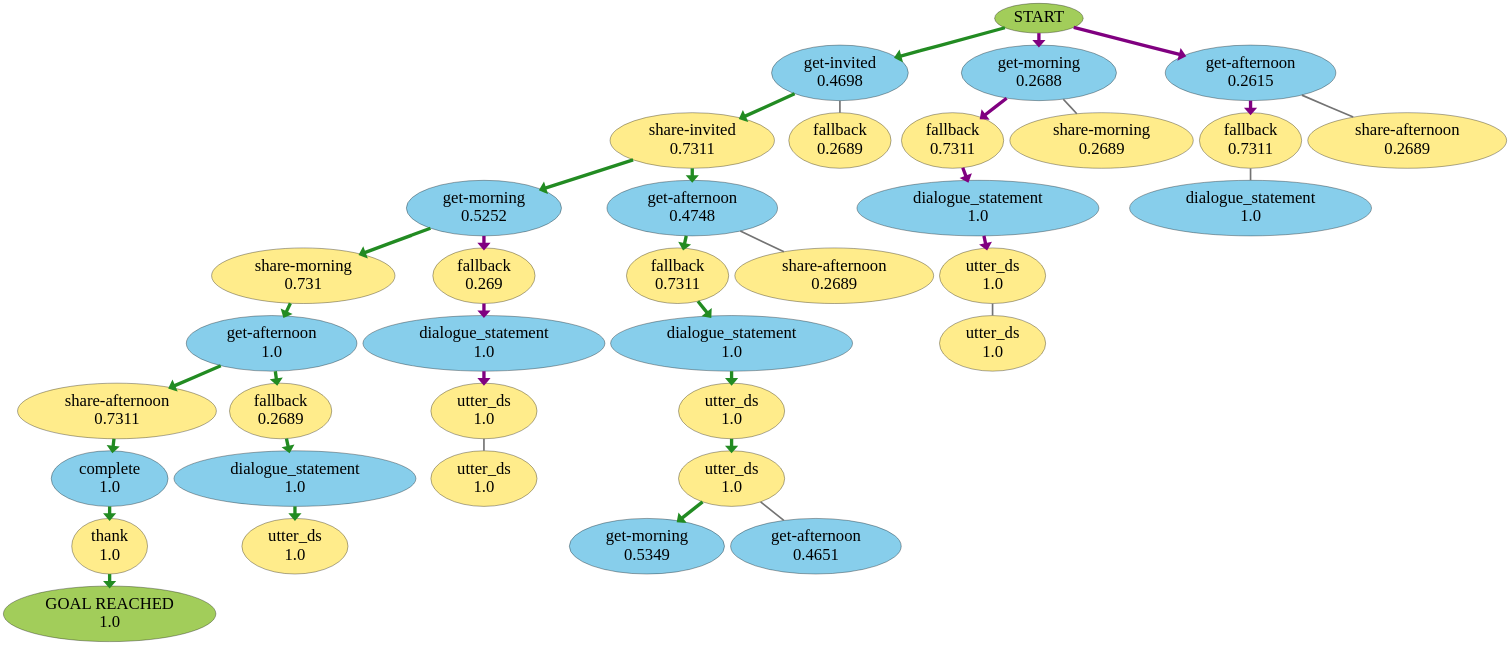
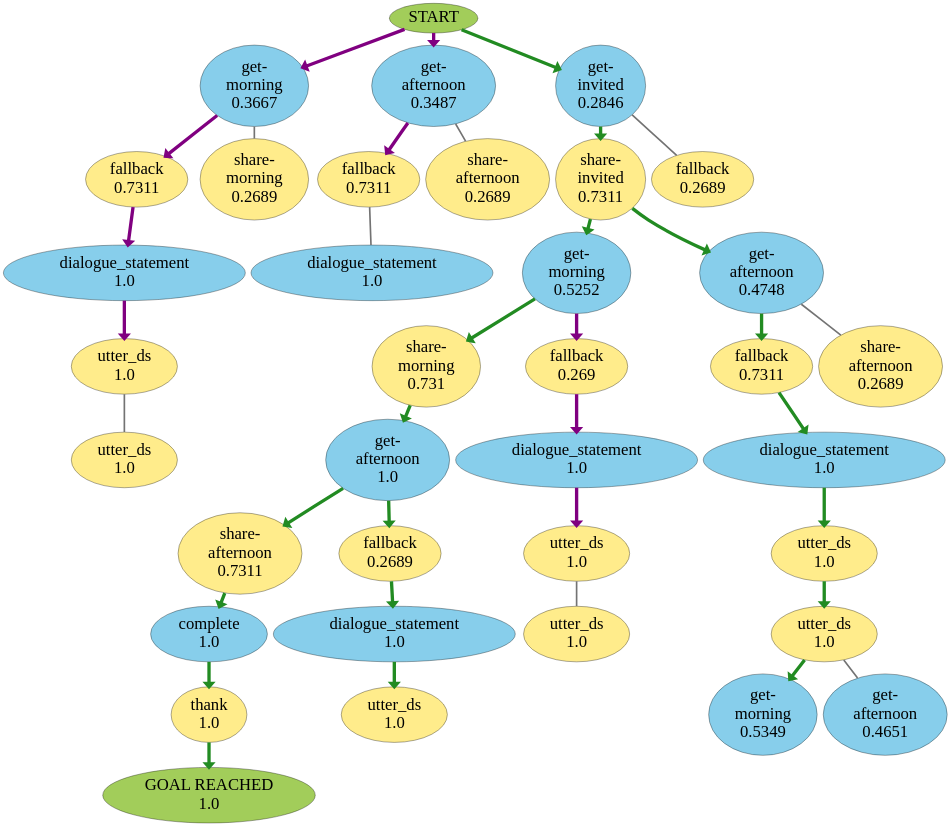
One commit to IBM/contingent-plan-executor changed the diagram in icaps_gold.gv. Above: the diagram before and after it, drawn with Graphviz. The commit also changed 11 other files, not shown here.

Commit message:
create new further simplified beam search graphs

```diff
--- a/icaps_gold.gv
+++ b/icaps_gold.gv
@@ -1,132 +1,146 @@
 strict digraph {
 	0 [label=START fillcolor=darkolivegreen3 fontsize=50 style=filled]
-	1 [label="get-invited
-0.4698" fillcolor=skyblue fontsize=50 style=filled]
+	1 [label="get-
+morning
+0.3667" fillcolor=skyblue fontsize=50 style=filled]
 	0 -> 1 [arrowhead=normal color=purple penwidth=10.0]
-	2 [label="get-morning
-0.2688" fillcolor=skyblue fontsize=50 style=filled]
+	2 [label="get-
+afternoon
+0.3487" fillcolor=skyblue fontsize=50 style=filled]
 	0 -> 2 [arrowhead=normal color=purple penwidth=10.0]
-	3 [label="get-afternoon
-0.2615" fillcolor=skyblue fontsize=50 style=filled]
+	3 [label="get-
+invited
+0.2846" fillcolor=skyblue fontsize=50 style=filled]
 	0 -> 3 [arrowhead=normal color=purple penwidth=10.0]
-	4 [label="share-invited
+	4 [label="fallback
 0.7311" fillcolor=lightgoldenrod1 fontsize=50 style=filled]
 	1 -> 4 [arrowhead=normal color=purple penwidth=10.0]
-	5 [label="fallback
+	5 [label="share-
+morning
 0.2689" fillcolor=lightgoldenrod1 fontsize=50 style=filled]
 	1 -> 5 [arrowhead=none color=grey45 penwidth=5.0]
 	6 [label="fallback
 0.7311" fillcolor=lightgoldenrod1 fontsize=50 style=filled]
 	2 -> 6 [arrowhead=normal color=purple penwidth=10.0]
-	7 [label="share-morning
+	7 [label="share-
+afternoon
 0.2689" fillcolor=lightgoldenrod1 fontsize=50 style=filled]
 	2 -> 7 [arrowhead=none color=grey45 penwidth=5.0]
-	8 [label="fallback
+	8 [label="share-
+invited
 0.7311" fillcolor=lightgoldenrod1 fontsize=50 style=filled]
 	3 -> 8 [arrowhead=normal color=purple penwidth=10.0]
-	9 [label="share-afternoon
+	9 [label="fallback
 0.2689" fillcolor=lightgoldenrod1 fontsize=50 style=filled]
 	3 -> 9 [arrowhead=none color=grey45 penwidth=5.0]
-	10 [label="get-morning
+	10 [label="dialogue_statement
+1.0" fillcolor=skyblue fontsize=50 style=filled]
+	4 -> 10 [arrowhead=normal color=purple penwidth=10.0]
+	11 [label="dialogue_statement
+1.0" fillcolor=skyblue fontsize=50 style=filled]
+	6 -> 11 [arrowhead=none color=grey45 penwidth=5.0]
+	12 [label="get-
+morning
 0.5252" fillcolor=skyblue fontsize=50 style=filled]
-	4 -> 10 [arrowhead=normal color=purple penwidth=10.0]
-	11 [label="get-afternoon
+	8 -> 12 [arrowhead=normal color=purple penwidth=10.0]
+	13 [label="get-
+afternoon
 0.4748" fillcolor=skyblue fontsize=50 style=filled]
-	4 -> 11 [arrowhead=normal color=purple penwidth=10.0]
-	12 [label="dialogue_statement
-1.0" fillcolor=skyblue fontsize=50 style=filled]
-	6 -> 12 [arrowhead=normal color=purple penwidth=10.0]
-	13 [label="dialogue_statement
-1.0" fillcolor=skyblue fontsize=50 style=filled]
-	8 -> 13 [arrowhead=none color=grey45 penwidth=5.0]
+	8 -> 13 [arrowhead=normal color=purple penwidth=10.0]
 	14 [label="utter_ds
 1.0" fillcolor=lightgoldenrod1 fontsize=50 style=filled]
-	12 -> 14 [arrowhead=normal color=purple penwidth=10.0]
-	15 [label="share-morning
+	10 -> 14 [arrowhead=normal color=purple penwidth=10.0]
+	15 [label="share-
+morning
 0.731" fillcolor=lightgoldenrod1 fontsize=50 style=filled]
-	10 -> 15 [arrowhead=normal color=purple penwidth=10.0]
+	12 -> 15 [arrowhead=normal color=purple penwidth=10.0]
 	16 [label="fallback
 0.269" fillcolor=lightgoldenrod1 fontsize=50 style=filled]
-	10 -> 16 [arrowhead=normal color=purple penwidth=10.0]
+	12 -> 16 [arrowhead=normal color=purple penwidth=10.0]
 	17 [label="fallback
 0.7311" fillcolor=lightgoldenrod1 fontsize=50 style=filled]
-	11 -> 17 [arrowhead=normal color=purple penwidth=10.0]
-	18 [label="share-afternoon
+	13 -> 17 [arrowhead=normal color=purple penwidth=10.0]
+	18 [label="share-
+afternoon
 0.2689" fillcolor=lightgoldenrod1 fontsize=50 style=filled]
-	11 -> 18 [arrowhead=none color=grey45 penwidth=5.0]
+	13 -> 18 [arrowhead=none color=grey45 penwidth=5.0]
 	19 [label="utter_ds
 1.0" fillcolor=lightgoldenrod1 fontsize=50 style=filled]
 	14 -> 19 [arrowhead=none color=grey45 penwidth=5.0]
-	20 [label="get-afternoon
+	20 [label="get-
+afternoon
 1.0" fillcolor=skyblue fontsize=50 style=filled]
 	15 -> 20 [arrowhead=normal color=purple penwidth=10.0]
 	21 [label="dialogue_statement
 1.0" fillcolor=skyblue fontsize=50 style=filled]
 	17 -> 21 [arrowhead=normal color=purple penwidth=10.0]
 	22 [label="dialogue_statement
 1.0" fillcolor=skyblue fontsize=50 style=filled]
 	16 -> 22 [arrowhead=normal color=purple penwidth=10.0]
 	23 [label="utter_ds
 1.0" fillcolor=lightgoldenrod1 fontsize=50 style=filled]
 	21 -> 23 [arrowhead=normal color=purple penwidth=10.0]
 	24 [label="utter_ds
 1.0" fillcolor=lightgoldenrod1 fontsize=50 style=filled]
 	22 -> 24 [arrowhead=normal color=purple penwidth=10.0]
-	25 [label="share-afternoon
+	25 [label="share-
+afternoon
 0.7311" fillcolor=lightgoldenrod1 fontsize=50 style=filled]
 	20 -> 25 [arrowhead=normal color=purple penwidth=10.0]
 	26 [label="fallback
 0.2689" fillcolor=lightgoldenrod1 fontsize=50 style=filled]
 	20 -> 26 [arrowhead=normal color=purple penwidth=10.0]
 	27 [label="utter_ds
 1.0" fillcolor=lightgoldenrod1 fontsize=50 style=filled]
 	23 -> 27 [arrowhead=normal color=purple penwidth=10.0]
 	28 [label="utter_ds
 1.0" fillcolor=lightgoldenrod1 fontsize=50 style=filled]
 	24 -> 28 [arrowhead=none color=grey45 penwidth=5.0]
 	29 [label="complete
 1.0" fillcolor=skyblue fontsize=50 style=filled]
 	25 -> 29 [arrowhead=normal color=purple penwidth=10.0]
 	30 [label="dialogue_statement
 1.0" fillcolor=skyblue fontsize=50 style=filled]
 	26 -> 30 [arrowhead=normal color=purple penwidth=10.0]
-	31 [label="get-morning
+	31 [label="get-
+morning
 0.5349" fillcolor=skyblue fontsize=50 style=filled]
 	27 -> 31 [arrowhead=normal color=purple penwidth=10.0]
-	32 [label="get-afternoon
+	32 [label="get-
+afternoon
 0.4651" fillcolor=skyblue fontsize=50 style=filled]
 	27 -> 32 [arrowhead=none color=grey45 penwidth=5.0]
 	33 [label="thank
 1.0" fillcolor=lightgoldenrod1 fontsize=50 style=filled]
 	29 -> 33 [arrowhead=normal color=purple penwidth=10.0]
 	34 [label="utter_ds
 1.0" fillcolor=lightgoldenrod1 fontsize=50 style=filled]
 	30 -> 34 [arrowhead=normal color=purple penwidth=10.0]
 	35 [label="GOAL REACHED
 1.0" fillcolor=darkolivegreen3 fontsize=50 style=filled]
 	33 -> 35 [color=forestgreen penwidth=10.0]
-	0 -> 1 [arrowhead=normal color=forestgreen penwidth=10.0]
-	1 -> 4 [arrowhead=normal color=forestgreen penwidth=10.0]
-	4 -> 10 [arrowhead=normal color=forestgreen penwidth=10.0]
-	10 -> 15 [arrowhead=normal color=forestgreen penwidth=10.0]
+	0 -> 3 [arrowhead=normal color=forestgreen penwidth=10.0]
+	3 -> 8 [arrowhead=normal color=forestgreen penwidth=10.0]
+	8 -> 12 [arrowhead=normal color=forestgreen penwidth=10.0]
+	12 -> 15 [arrowhead=normal color=forestgreen penwidth=10.0]
 	15 -> 20 [arrowhead=normal color=forestgreen penwidth=10.0]
 	20 -> 25 [arrowhead=normal color=forestgreen penwidth=10.0]
 	25 -> 29 [arrowhead=normal color=forestgreen penwidth=10.0]
 	29 -> 33 [arrowhead=normal color=forestgreen penwidth=10.0]
-	0 -> 1 [arrowhead=normal color=forestgreen penwidth=10.0]
-	1 -> 4 [arrowhead=normal color=forestgreen penwidth=10.0]
-	4 -> 10 [arrowhead=normal color=forestgreen penwidth=10.0]
-	10 -> 15 [arrowhead=normal color=forestgreen penwidth=10.0]
+	0 -> 3 [arrowhead=normal color=forestgreen penwidth=10.0]
+	3 -> 8 [arrowhead=normal color=forestgreen penwidth=10.0]
+	8 -> 12 [arrowhead=normal color=forestgreen penwidth=10.0]
+	12 -> 15 [arrowhead=normal color=forestgreen penwidth=10.0]
 	15 -> 20 [arrowhead=normal color=forestgreen penwidth=10.0]
 	20 -> 26 [arrowhead=normal color=forestgreen penwidth=10.0]
 	26 -> 30 [arrowhead=normal color=forestgreen penwidth=10.0]
 	30 -> 34 [arrowhead=normal color=forestgreen penwidth=10.0]
-	0 -> 1 [arrowhead=normal color=forestgreen penwidth=10.0]
-	1 -> 4 [arrowhead=normal color=forestgreen penwidth=10.0]
-	4 -> 11 [arrowhead=normal color=forestgreen penwidth=10.0]
-	11 -> 17 [arrowhead=normal color=forestgreen penwidth=10.0]
+	0 -> 3 [arrowhead=normal color=forestgreen penwidth=10.0]
+	3 -> 8 [arrowhead=normal color=forestgreen penwidth=10.0]
+	8 -> 13 [arrowhead=normal color=forestgreen penwidth=10.0]
+	13 -> 17 [arrowhead=normal color=forestgreen penwidth=10.0]
 	17 -> 21 [arrowhead=normal color=forestgreen penwidth=10.0]
 	21 -> 23 [arrowhead=normal color=forestgreen penwidth=10.0]
 	23 -> 27 [arrowhead=normal color=forestgreen penwidth=10.0]
 	27 -> 31 [arrowhead=normal color=forestgreen penwidth=10.0]
 }
```
